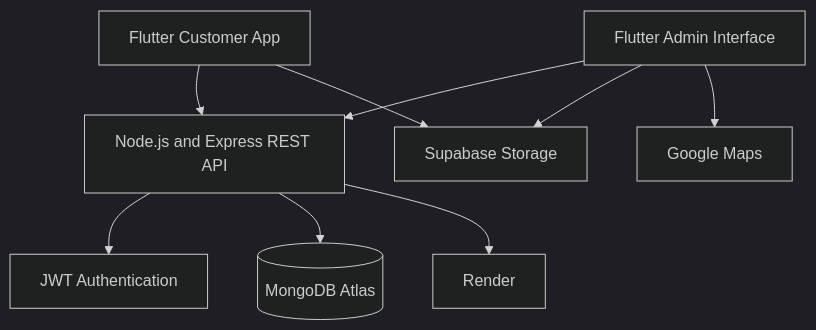
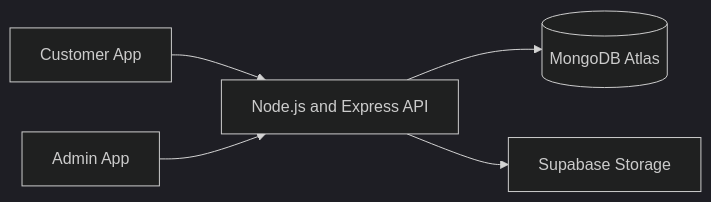
The second of 2 diagrams in README.md (bipulkumar62/FoodDelivery-System), drawn with Mermaid (dark theme) before and after one commit. The commit also changed other lines of this file, not shown here.

````diff
--- a/README.md
+++ b/README.md
@@ -342,22 +335,7 @@
 ```mermaid
-flowchart TD
-    Customer[Flutter Customer App]
-    Admin[Flutter Admin Interface]
-
-    API[Node.js and Express REST API]
-    Auth[JWT Authentication]
-    Database[(MongoDB Atlas)]
-    Storage[Supabase Storage]
-    Maps[Google Maps]
-    Hosting[Render]
-
-    Customer --> API
-    Admin --> API
-
-    API --> Auth
-    API --> Database
-    Admin --> Storage
-    Customer --> Storage
-    Admin --> Maps
-    API --> Hosting
+flowchart LR
+    C[Customer App] --> API[Node.js and Express API]
+    A[Admin App] --> API
+    API --> DB[(MongoDB Atlas)]
+    API --> S[Supabase Storage]
 ```
````
